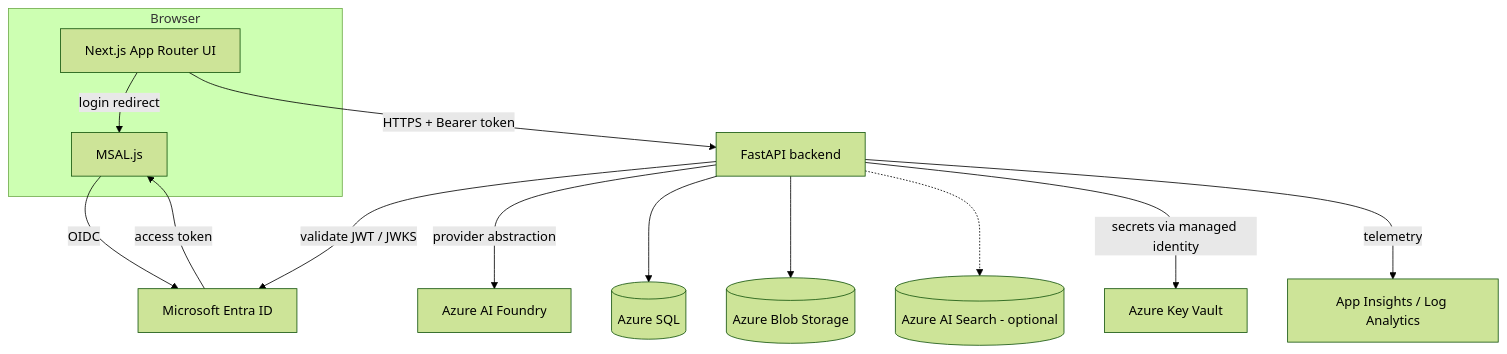
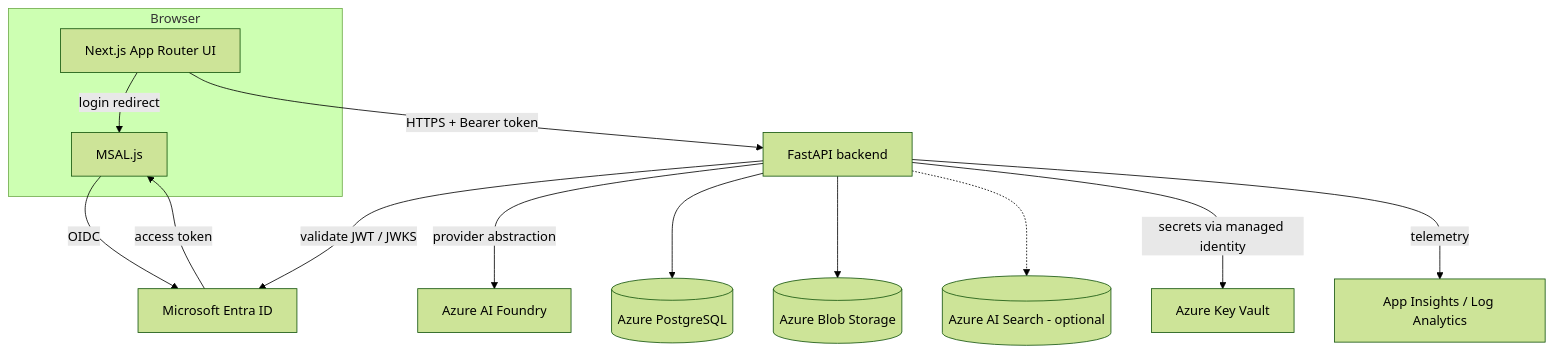
One commit to omshewale30/nimbus changed the diagram in docs/architecture.md. Above: the diagram before and after it, drawn with Mermaid (forest theme). The commit also changed 24 other files, not shown here.

````diff
--- a/docs/architecture.md
+++ b/docs/architecture.md
@@ -9,28 +9,28 @@
 ```mermaid
 flowchart TD
     subgraph Browser
       UI[Next.js App Router UI]
       MSAL[MSAL.js]
     end
 
     Entra[Microsoft Entra ID]
     API[FastAPI backend]
     Foundry[Azure AI Foundry]
-    SQL[(Azure SQL)]
+    SQL[(Azure PostgreSQL)]
     Blob[(Azure Blob Storage)]
     Search[(Azure AI Search - optional)]
     KV[Azure Key Vault]
     AI2[App Insights / Log Analytics]
 
     UI -->|login redirect| MSAL
     MSAL -->|OIDC| Entra
     Entra -->|access token| MSAL
     UI -->|"HTTPS + Bearer token"| API
     API -->|validate JWT / JWKS| Entra
     API -->|provider abstraction| Foundry
     API --> SQL
     API --> Blob
     API -.-> Search
     API -->|secrets via managed identity| KV
     API -->|telemetry| AI2
 ```
````
